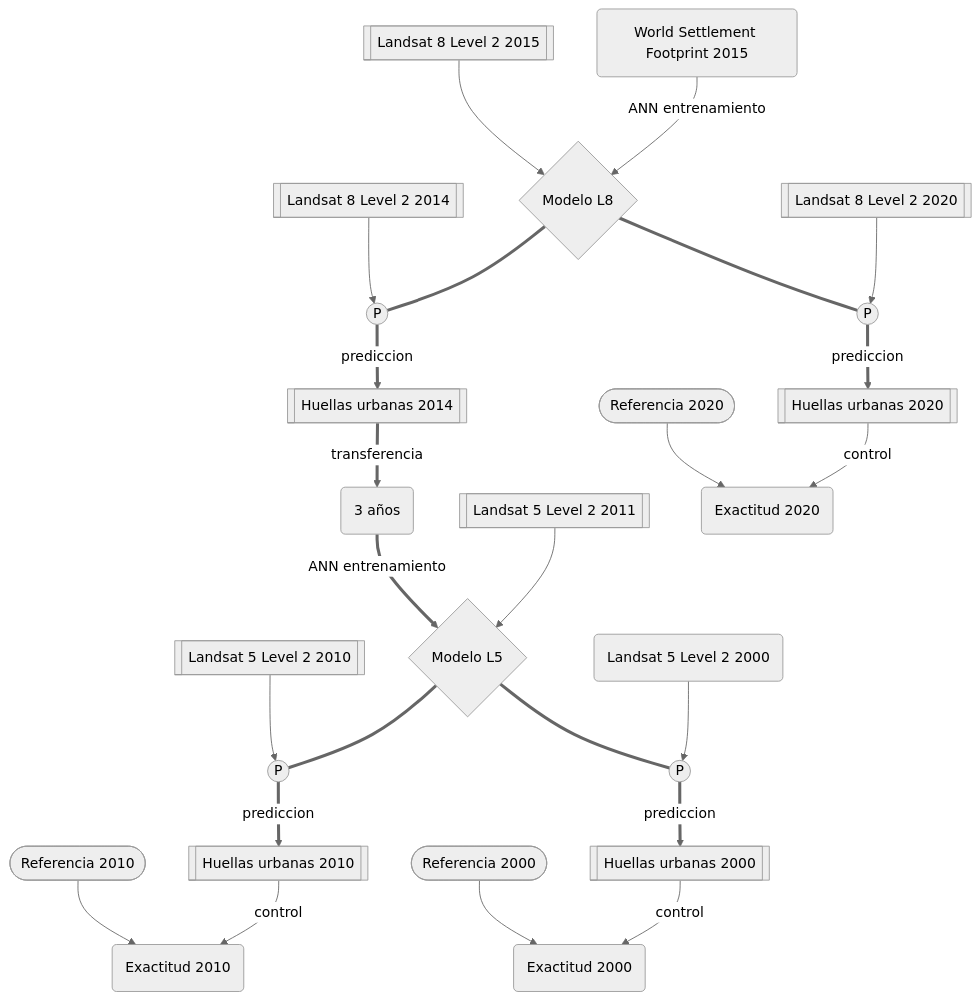
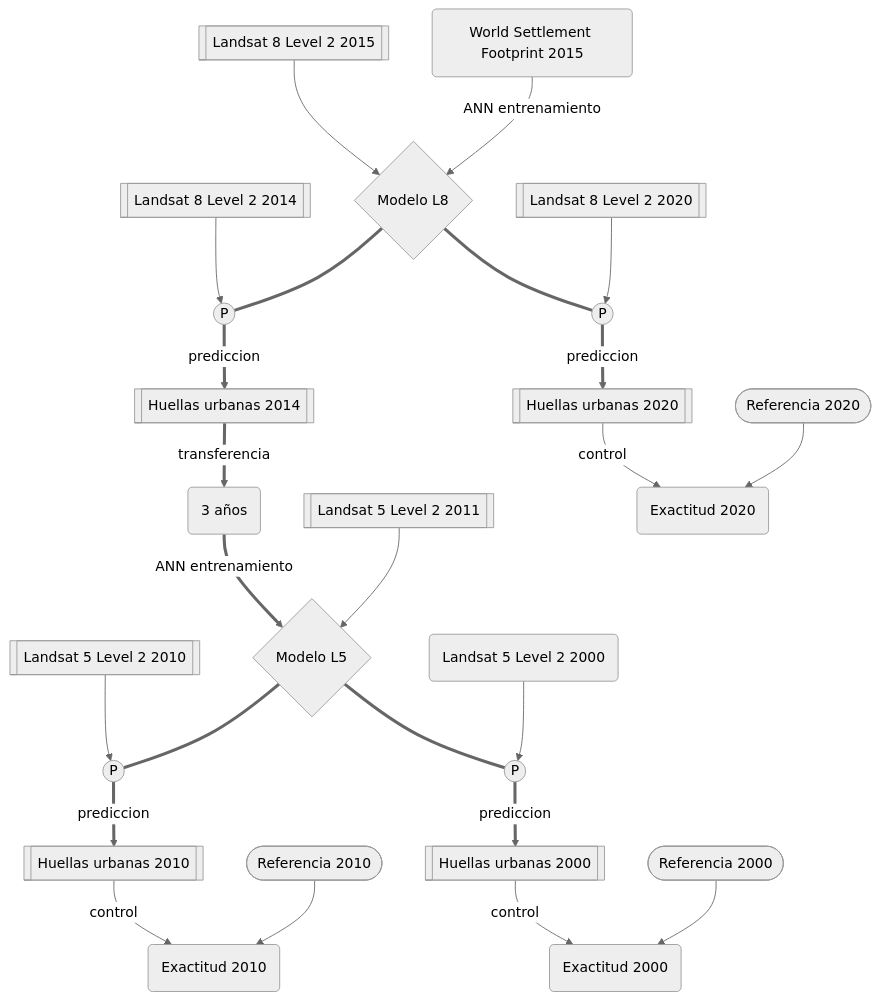
One commit to vshalisko/GEE changed the diagram in AUEM/Esquemas/Flujo_de_analisis_RS.mermaid. Above: the diagram before and after it, drawn with Mermaid (neutral theme). The commit also changed other lines of this file, not shown here.

```diff
--- a/AUEM/Esquemas/Flujo_de_analisis_RS.mermaid
+++ b/AUEM/Esquemas/Flujo_de_analisis_RS.mermaid
@@ -1,24 +1,24 @@
 flowchart TD
     L2015[[Landsat 8 Level 2 2015]] --> M1{Modelo L8}
     D(World Settlement Footprint 2015) -->|ANN entrenamiento| M1
     L2014[[Landsat 8 Level 2 2014]] --> F2014
     M1 === F2020((P))
     M1 === F2014((P))
     L2020[[Landsat 8 Level 2 2020]] --> F2020
     F2020 ==> |prediccion| P2020[[Huellas urbanas 2020]]
     F2014 ==> |prediccion| P2014[[Huellas urbanas 2014]]
     P2014 ==> |transferencia| T(3 años)
     T ==> |ANN entrenamiento| M2{Modelo L5}
     L2011[[Landsat 5 Level 2 2011]] --> M2  
     L2010[[Landsat 5 Level 2 2010]] --> F2010
     M2 === F2010((P))
     M2 === F2000((P))
     L2000(Landsat 5 Level 2 2000) --> F2000
     F2000 ==> |prediccion| P2000[[Huellas urbanas 2000]]
     F2010 ==> |prediccion| P2010[[Huellas urbanas 2010]]
+    P2020 --> |control| E2020
     C2020([Referencia 2020]) --> E2020(Exactitud 2020)
-    P2020 --> |control| E2020
+    P2010 --> |control| E2010
     C2010([Referencia 2010]) --> E2010(Exactitud 2010)
-    P2010 --> |control| E2010
+    P2000 --> |control| E2000
     C2000([Referencia 2000]) --> E2000(Exactitud 2000)
-    P2000 --> |control| E2000
```
